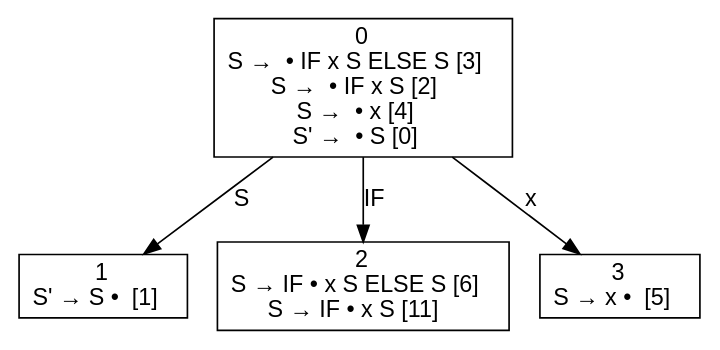
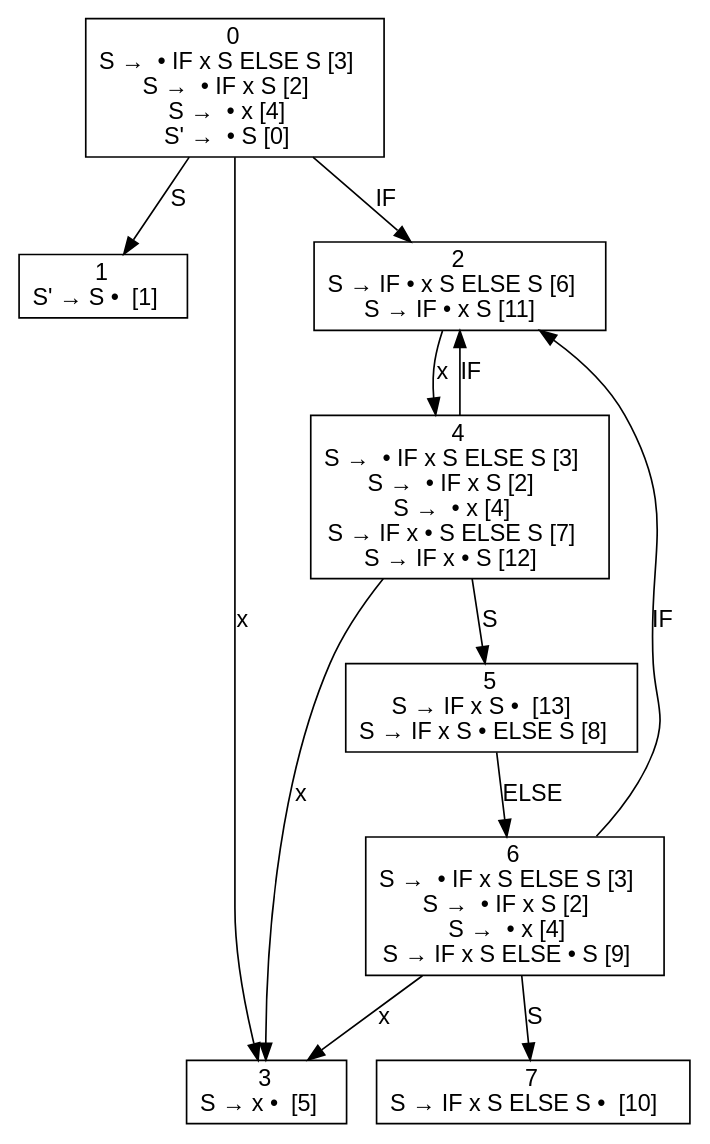
One commit to dragonsarebest/Compiler changed the diagram in PleaseWork/PleaseWork/ambiguous.txt.dfa.dot. Above: the diagram before and after it, drawn with Graphviz. The commit also changed 9 other files, not shown here.

```diff
--- a/PleaseWork/PleaseWork/ambiguous.txt.dfa.dot
+++ b/PleaseWork/PleaseWork/ambiguous.txt.dfa.dot
@@ -1,11 +1,23 @@
 digraph d{
 node [fontname=Helvetica,shape=box];
 edge [fontname=Helvetica];
 n0 [label=<0<br />S →  • IF x S ELSE S [3]<br />S →  • IF x S [2]<br />S →  • x [4]<br />S' →  • S [0]>];
 n1 [label=<1<br />S' → S •  [1]>];
 n2 [label=<2<br />S → IF • x S ELSE S [6]<br />S → IF • x S [11]>];
 n3 [label=<3<br />S → x •  [5]>];
+n4 [label=<4<br />S →  • IF x S ELSE S [3]<br />S →  • IF x S [2]<br />S →  • x [4]<br />S → IF x • S ELSE S [7]<br />S → IF x • S [12]>];
+n5 [label=<5<br />S → IF x S •  [13]<br />S → IF x S • ELSE S [8]>];
+n6 [label=<6<br />S →  • IF x S ELSE S [3]<br />S →  • IF x S [2]<br />S →  • x [4]<br />S → IF x S ELSE • S [9]>];
+n7 [label=<7<br />S → IF x S ELSE S •  [10]>];
 n0 -> n1 [label="S"];
 n0 -> n2 [label="IF"];
 n0 -> n3 [label="x"];
+n2 -> n4 [label="x"];
+n4 -> n5 [label="S"];
+n4 -> n2 [label="IF"];
+n4 -> n3 [label="x"];
+n5 -> n6 [label="ELSE"];
+n6 -> n7 [label="S"];
+n6 -> n2 [label="IF"];
+n6 -> n3 [label="x"];
 }
```
